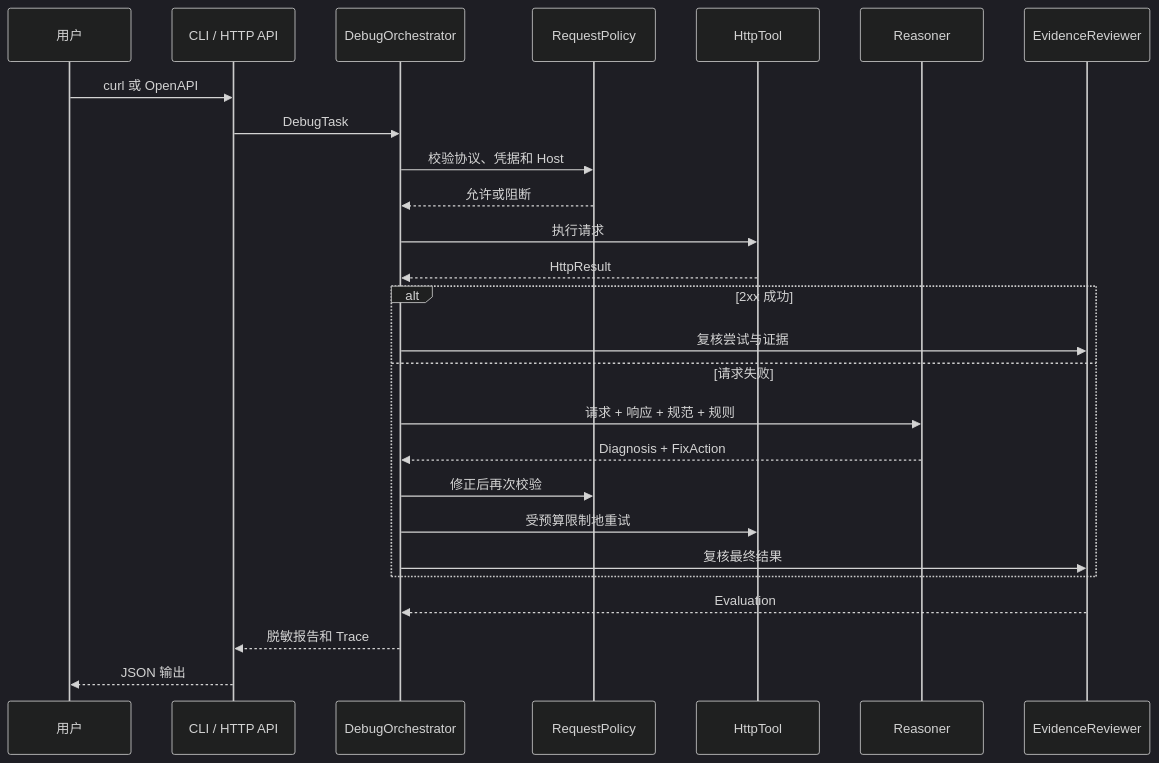
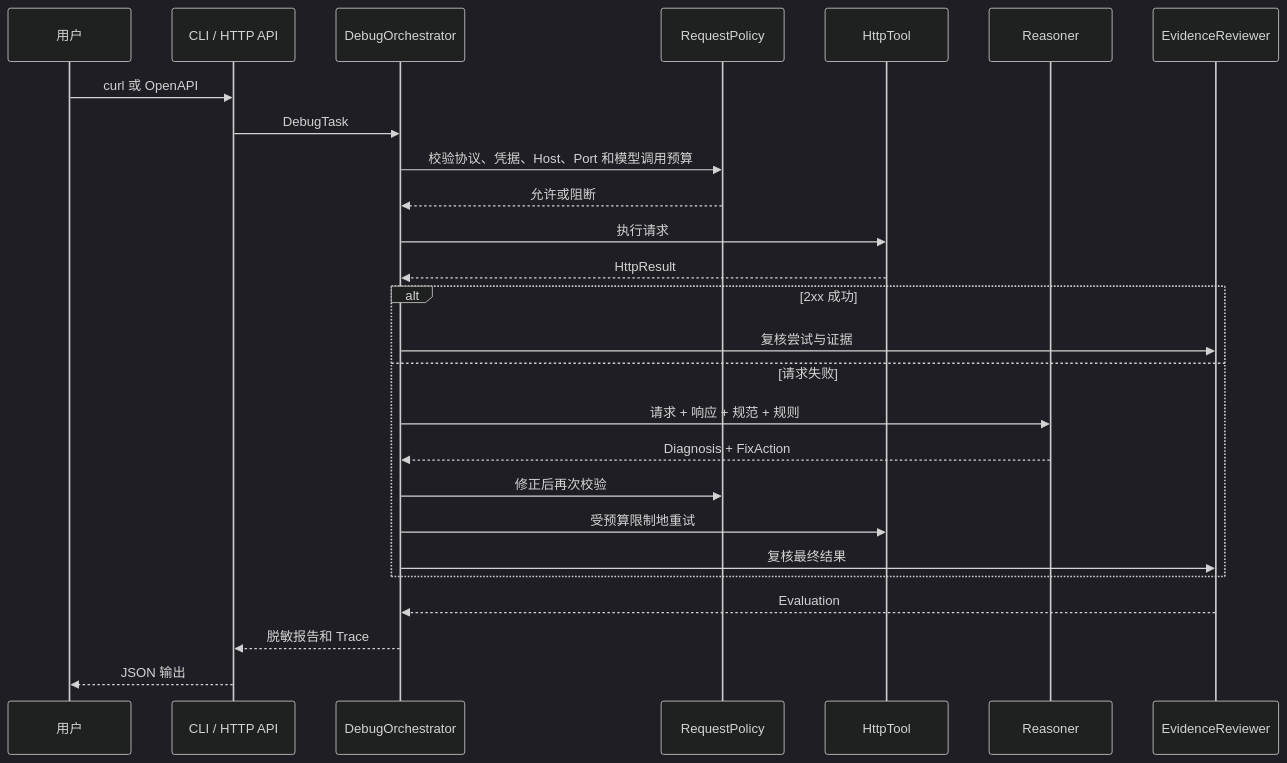
Before and after one commit to LarryBUPT/A-Pidoc: the third of 3 diagrams in docs/architecture.md, drawn with Mermaid (dark theme). The commit also changed other lines of this file and 11 other files, not shown here.

````diff
--- a/docs/architecture.md
+++ b/docs/architecture.md
@@ -53,29 +71,29 @@
 ```mermaid
 sequenceDiagram
     participant U as 用户
     participant I as CLI / HTTP API
     participant O as DebugOrchestrator
     participant P as RequestPolicy
     participant T as HttpTool
     participant R as Reasoner
     participant V as EvidenceReviewer
 
     U->>I: curl 或 OpenAPI
     I->>O: DebugTask
-    O->>P: 校验协议、凭据和 Host
+    O->>P: 校验协议、凭据、Host、Port 和模型调用预算
     P-->>O: 允许或阻断
     O->>T: 执行请求
     T-->>O: HttpResult
     alt 2xx 成功
         O->>V: 复核尝试与证据
     else 请求失败
         O->>R: 请求 + 响应 + 规范 + 规则
         R-->>O: Diagnosis + FixAction
         O->>P: 修正后再次校验
         O->>T: 受预算限制地重试
         O->>V: 复核最终结果
     end
     V-->>O: Evaluation
     O-->>I: 脱敏报告和 Trace
     I-->>U: JSON 输出
 ```
````
